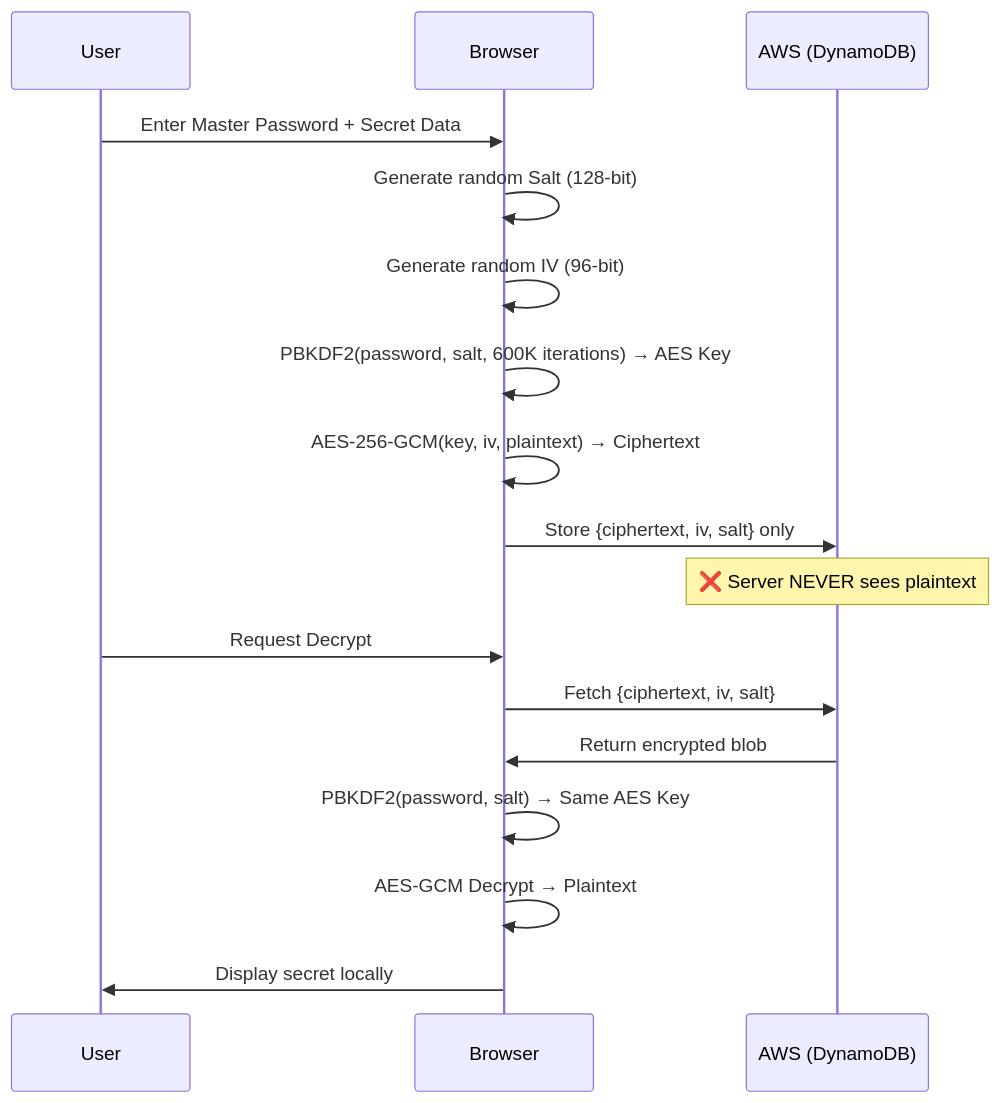
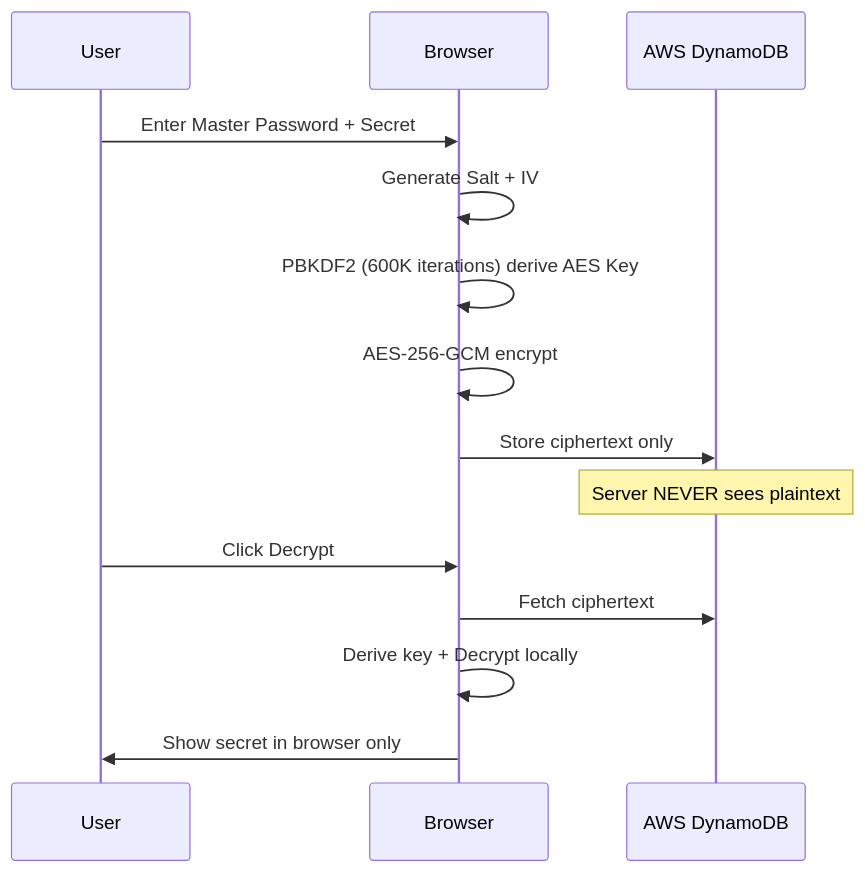
One commit to yadakrishna245/Aeterna changed the second of 4 diagrams in README.md. Above: the diagram before and after it, drawn with Mermaid. The commit also changed other lines of this file and 4 other files, not shown here.

Commit message:
fix: remove fake data from smartwatch/social, rename AI to Access Guide, add welcome card, update README with mermaid diagrams

````diff
--- a/README.md
+++ b/README.md
@@ -93,21 +59,18 @@
 ```mermaid
 sequenceDiagram
     participant User
     participant Browser
-    participant Server as AWS (DynamoDB)
+    participant Server as AWS DynamoDB
     
-    User->>Browser: Enter Master Password + Secret Data
-    Browser->>Browser: Generate random Salt (128-bit)
-    Browser->>Browser: Generate random IV (96-bit)
-    Browser->>Browser: PBKDF2(password, salt, 600K iterations) → AES Key
-    Browser->>Browser: AES-256-GCM(key, iv, plaintext) → Ciphertext
-    Browser->>Server: Store {ciphertext, iv, salt} only
-    Note over Server: ❌ Server NEVER sees plaintext
+    User->>Browser: Enter Master Password + Secret
+    Browser->>Browser: Generate Salt + IV
+    Browser->>Browser: PBKDF2 (600K iterations) derive AES Key
+    Browser->>Browser: AES-256-GCM encrypt
+    Browser->>Server: Store ciphertext only
+    Note over Server: Server NEVER sees plaintext
     
-    User->>Browser: Request Decrypt
-    Browser->>Server: Fetch {ciphertext, iv, salt}
-    Server->>Browser: Return encrypted blob
-    Browser->>Browser: PBKDF2(password, salt) → Same AES Key
-    Browser->>Browser: AES-GCM Decrypt → Plaintext
-    Browser->>User: Display secret locally
+    User->>Browser: Click Decrypt
+    Browser->>Server: Fetch ciphertext
+    Browser->>Browser: Derive key + Decrypt locally
+    Browser->>User: Show secret in browser only
 ```
````
